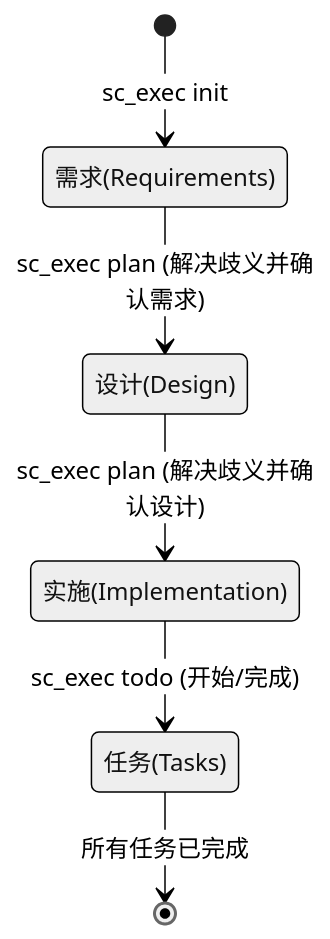
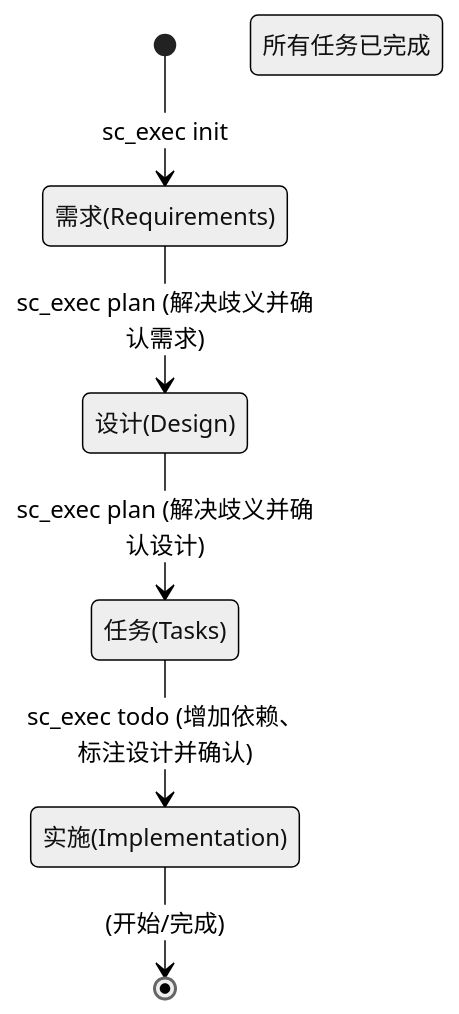
The diagram in README-zh.md (benjamesmurray/mcp-spec-cli), drawn with Mermaid (neutral theme) before and after one commit. The commit also changed 2 other files, not shown here.

Commit message:
feat: add integration test for workflow state transitions and update README

````diff
--- a/README-zh.md
+++ b/README-zh.md
@@ -24,8 +24,9 @@
 ```mermaid
 stateDiagram-v2
     [*] --> 需求(Requirements): sc_exec init
     需求(Requirements) --> 设计(Design): sc_exec plan (解决歧义并确认需求)
-    设计(Design) --> 实施(Implementation): sc_exec plan (解决歧义并确认设计)
-    实施(Implementation) --> 任务(Tasks): sc_exec todo (开始/完成)
-    任务(Tasks) --> [*]: 所有任务已完成
+    设计(Design) --> 任务(Tasks): sc_exec plan (解决歧义并确认设计)
+    任务(Tasks) --> 实施(Implementation): sc_exec todo (增加依赖、标注设计并确认)
+    实施(Implementation) --> [*]: (开始/完成)
+    所有任务已完成
 ```
````
